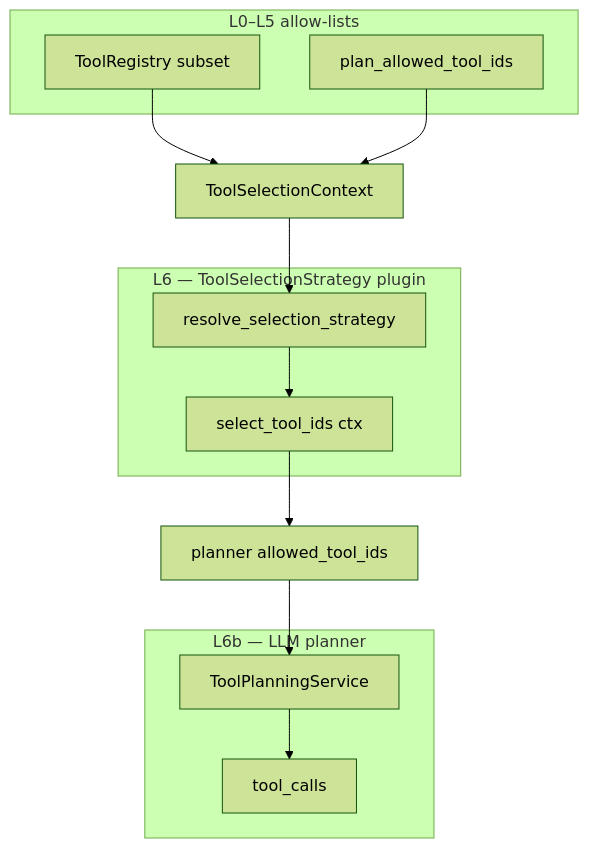
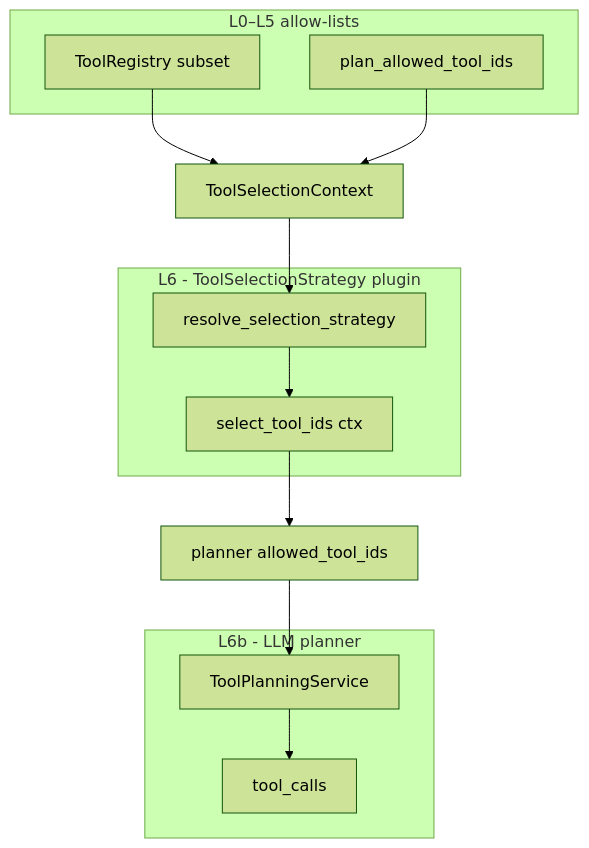
One commit to jakbuczarnecki/intergrax changed the second of 2 diagrams in docs/project/architecture/satellites/TOOLS_selection_and_plugins.md. Above: the diagram before and after it, drawn with Mermaid (forest theme). The commit also changed other lines of this file and 863 other files, not shown here.

````diff
--- a/docs/project/architecture/satellites/TOOLS_selection_and_plugins.md
+++ b/docs/project/architecture/satellites/TOOLS_selection_and_plugins.md
@@ -156,23 +156,23 @@
 ```mermaid
 flowchart TD
     subgraph L0_L5["L0–L5 allow-lists"]
         REG[ToolRegistry subset]
         PLAN[plan_allowed_tool_ids]
     end
 
-    subgraph L6["L6 — ToolSelectionStrategy plugin"]
+    subgraph L6["L6 - ToolSelectionStrategy plugin"]
         RESOLVE[resolve_selection_strategy]
         STRAT[select_tool_ids ctx]
     end
 
-    subgraph L6b["L6b — LLM planner"]
+    subgraph L6b["L6b - LLM planner"]
         TPS[ToolPlanningService]
         TC[tool_calls]
     end
 
     REG --> CTX[ToolSelectionContext]
     PLAN --> CTX
     CTX --> RESOLVE --> STRAT
     STRAT --> IDS[planner allowed_tool_ids]
     IDS --> TPS --> TC
 ```
````
